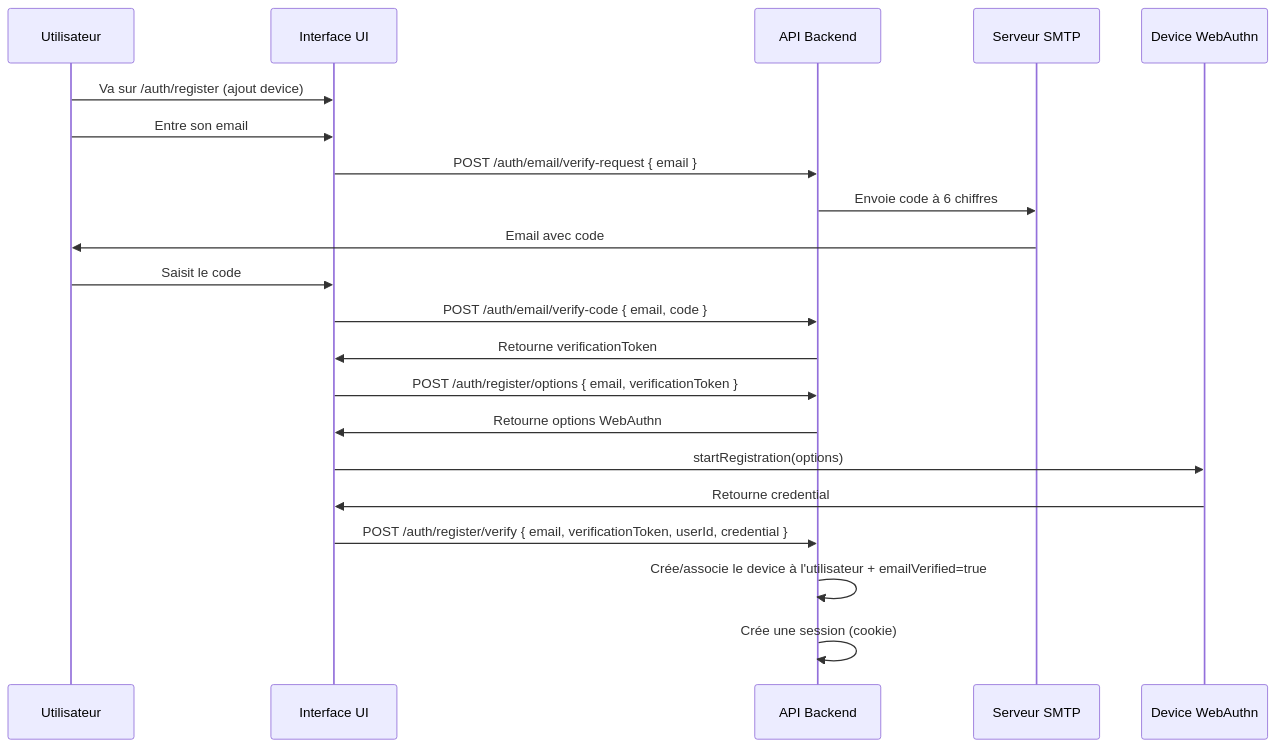
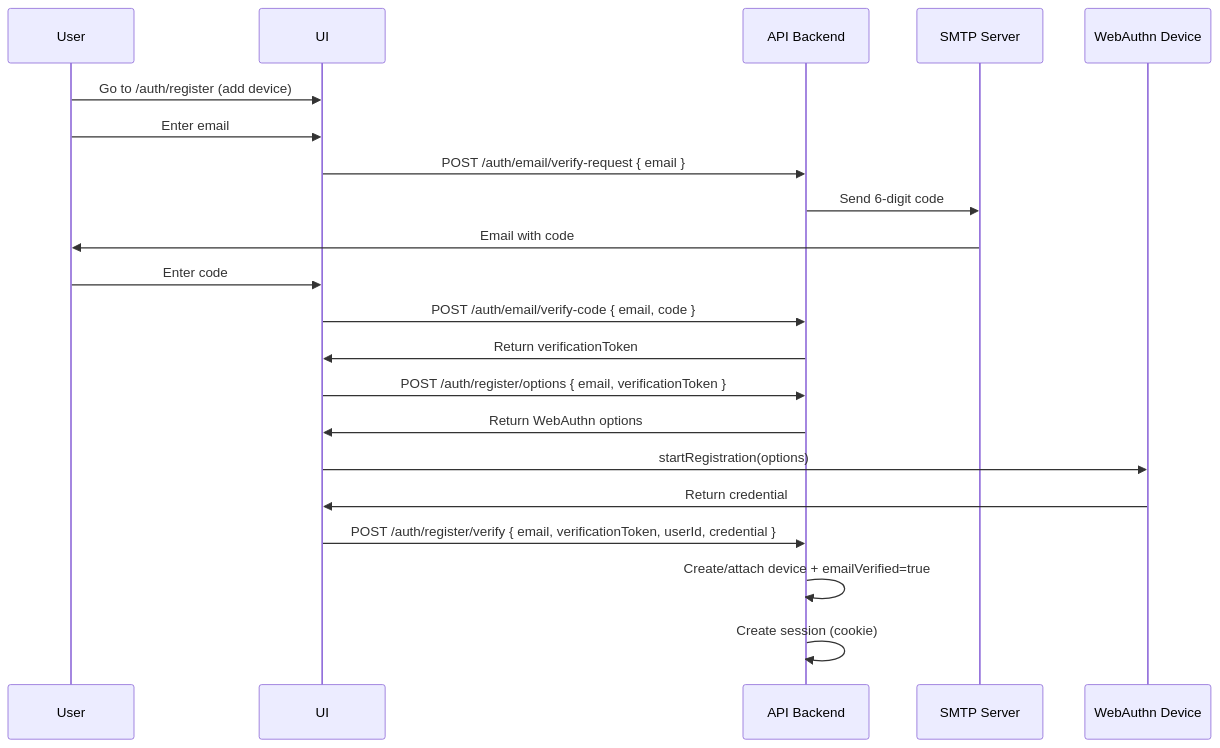
One commit to rhanka/sentropic changed the second of 5 diagrams in spec/WORKFLOW_AUTH.md. Above: the diagram before and after it, drawn with Mermaid. The commit also changed other lines of this file and 13 other files, not shown here.

````diff
--- a/spec/WORKFLOW_AUTH.md
+++ b/spec/WORKFLOW_AUTH.md
@@ -48,24 +48,24 @@
 ```mermaid
 sequenceDiagram
-    participant U as Utilisateur
-    participant UI as Interface UI
+    participant U as User
+    participant UI as UI
     participant API as API Backend
-    participant SMTP as Serveur SMTP
-    participant Device as Device WebAuthn
+    participant SMTP as SMTP Server
+    participant Device as WebAuthn Device
 
-    U->>UI: Va sur /auth/register (ajout device)
-    U->>UI: Entre son email
+    U->>UI: Go to /auth/register (add device)
+    U->>UI: Enter email
     UI->>API: POST /auth/email/verify-request { email }
-    API->>SMTP: Envoie code à 6 chiffres
-    SMTP->>U: Email avec code
-    U->>UI: Saisit le code
+    API->>SMTP: Send 6-digit code
+    SMTP->>U: Email with code
+    U->>UI: Enter code
     UI->>API: POST /auth/email/verify-code { email, code }
-    API->>UI: Retourne verificationToken
+    API->>UI: Return verificationToken
     UI->>API: POST /auth/register/options { email, verificationToken }
-    API->>UI: Retourne options WebAuthn
+    API->>UI: Return WebAuthn options
     UI->>Device: startRegistration(options)
-    Device->>UI: Retourne credential
+    Device->>UI: Return credential
     UI->>API: POST /auth/register/verify { email, verificationToken, userId, credential }
-    API->>API: Crée/associe le device à l'utilisateur + emailVerified=true
-    API->>API: Crée une session (cookie)
+    API->>API: Create/attach device + emailVerified=true
+    API->>API: Create session (cookie)
 ```
````
